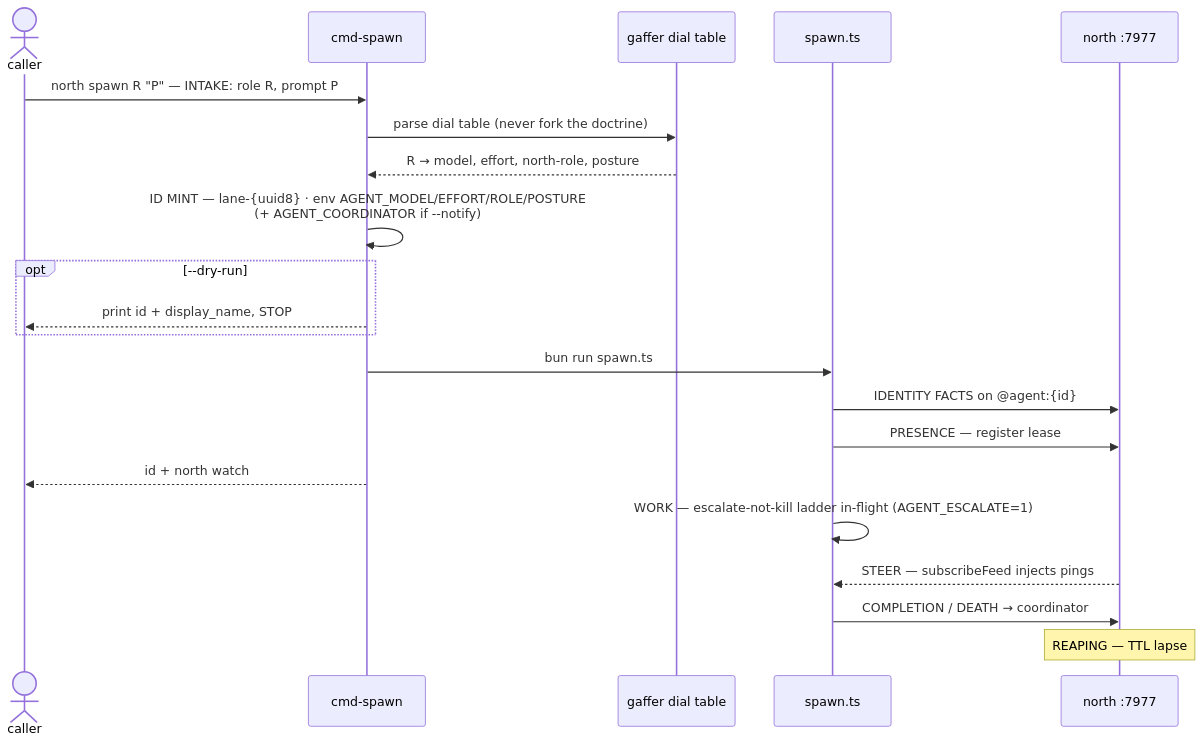
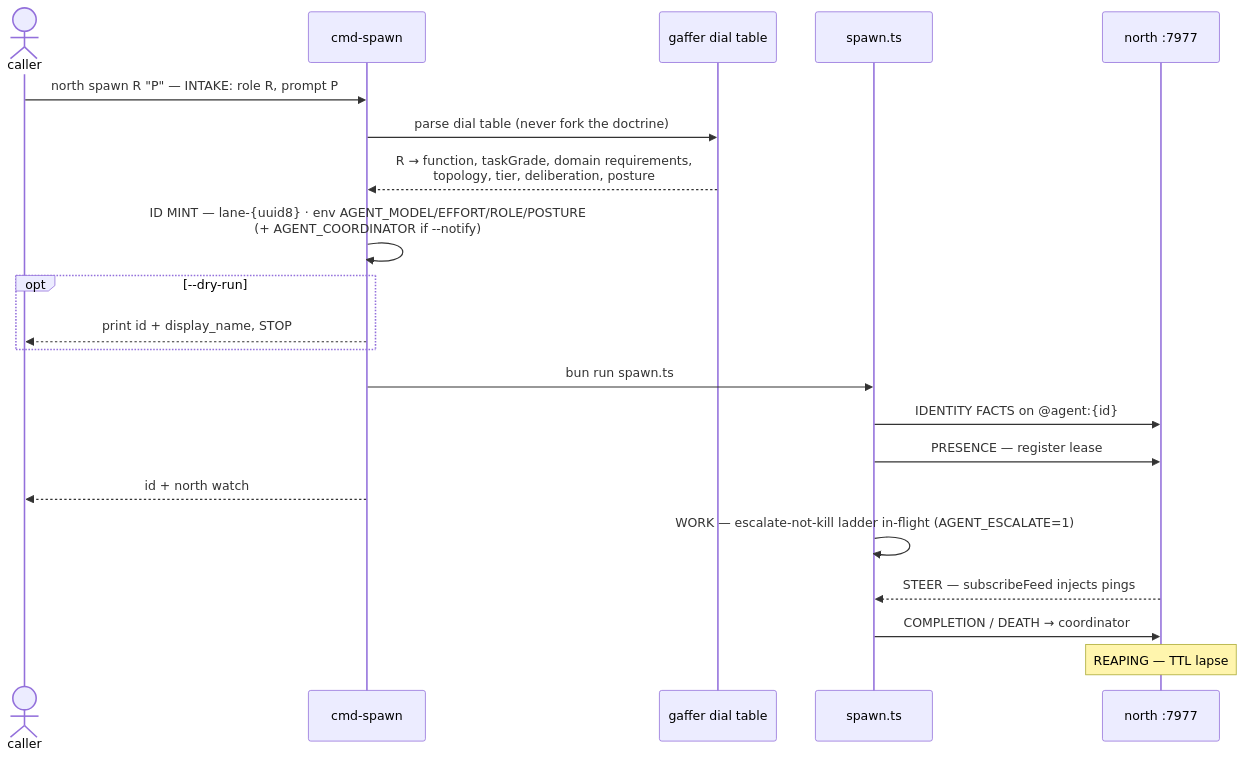
Before and after one commit to tompassarelli/firn: the sixth of 10 diagrams in dotfiles/agents/docs/workflow-map.md, drawn with Mermaid. The commit also changed other lines of this file and 4 other files, not shown here.

````diff
--- a/dotfiles/agents/docs/workflow-map.md
+++ b/dotfiles/agents/docs/workflow-map.md
@@ -220,23 +224,23 @@
 ```mermaid
 sequenceDiagram
     actor CA as caller
     participant CS as cmd-spawn
     participant G as gaffer dial table
     participant SP as spawn.ts
     participant T as north :7977
     CA->>CS: north spawn R "P" — INTAKE: role R, prompt P
     CS->>G: parse dial table (never fork the doctrine)
-    G-->>CS: R → model, effort, north-role, posture
+    G-->>CS: R → function, taskGrade, domain requirements,<br/>topology, tier, deliberation, posture
     CS->>CS: ID MINT — lane-{uuid8} · env AGENT_MODEL/EFFORT/ROLE/POSTURE<br/>(+ AGENT_COORDINATOR if --notify)
     opt --dry-run
         CS-->>CA: print id + display_name, STOP
     end
     CS->>SP: bun run spawn.ts
     SP->>T: IDENTITY FACTS on @agent:{id}
     SP->>T: PRESENCE — register lease
     CS-->>CA: id + north watch
     SP->>SP: WORK — escalate-not-kill ladder in-flight (AGENT_ESCALATE=1)
     T-->>SP: STEER — subscribeFeed injects pings
     SP->>T: COMPLETION / DEATH → coordinator
     Note over T: REAPING — TTL lapse
 ```
````
